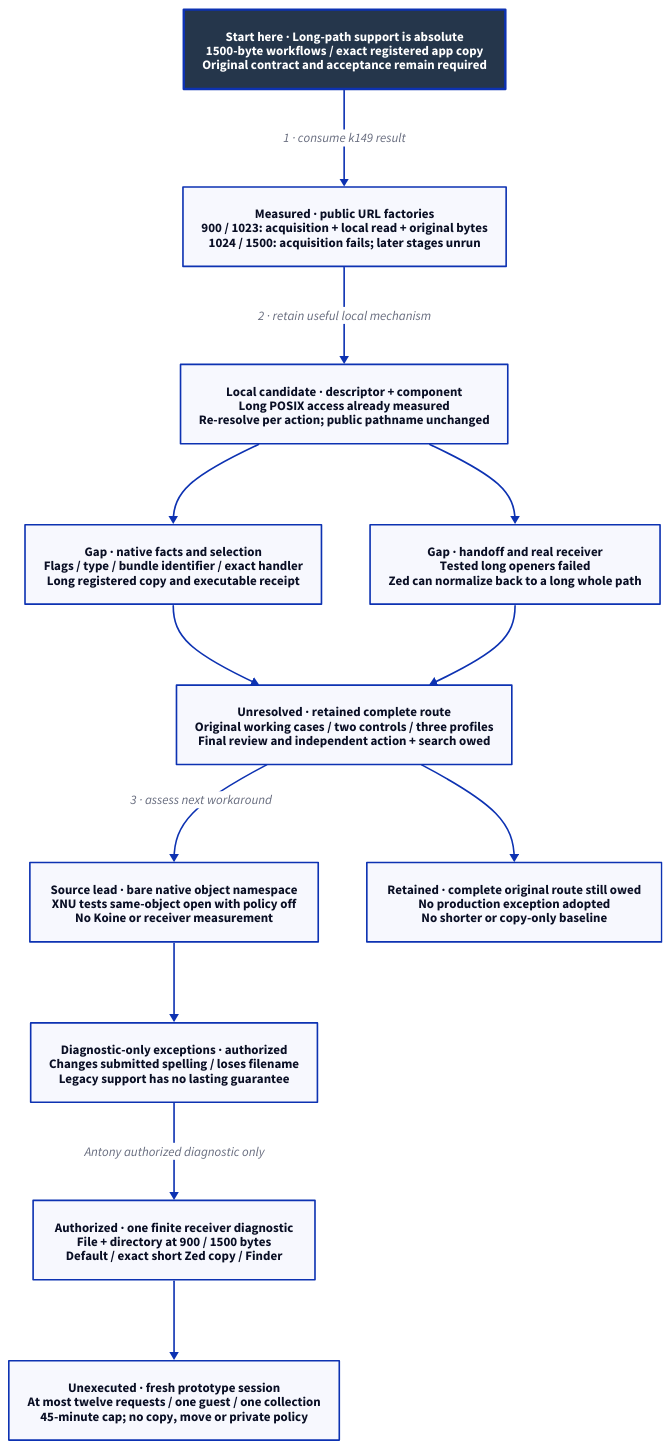
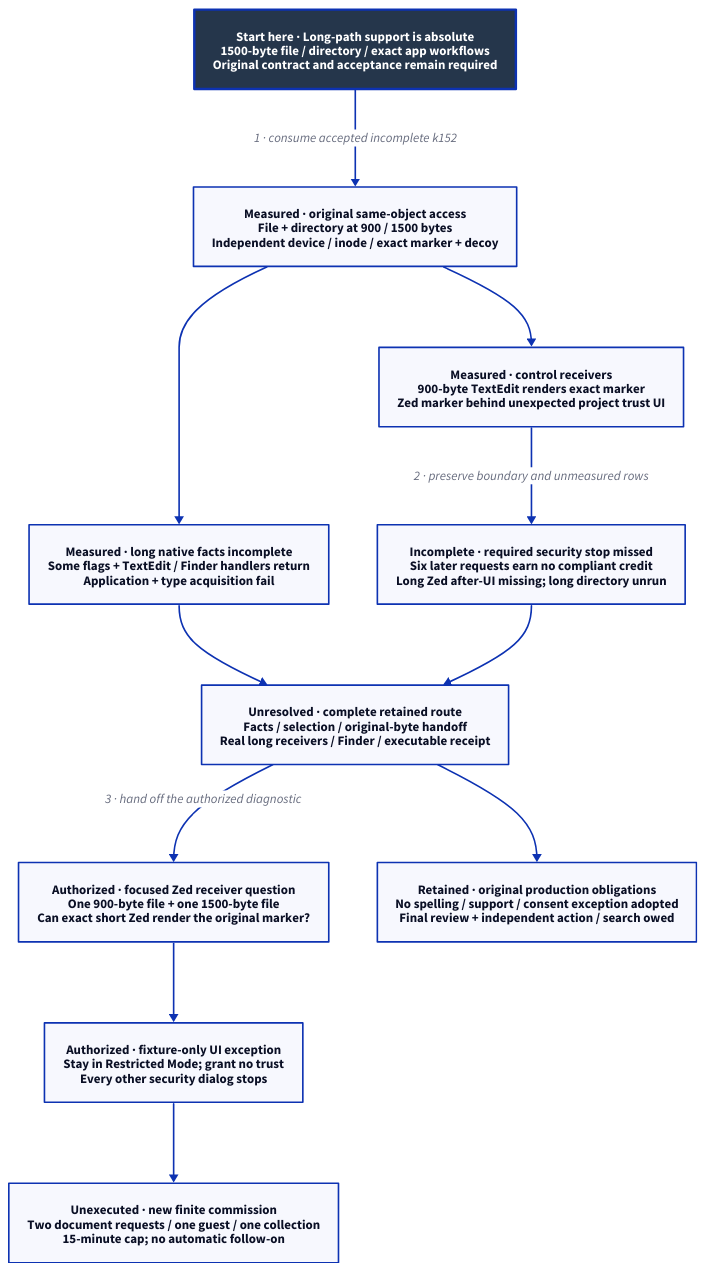
The diagram in docs/design/architecture/workspace-route-candidates.d2 (Linkuistics/Koine), drawn with D2 before and after one commit. The commit also changed 17 other files, not shown here.

Commit message:
Assess incomplete same-object route and hand off authorized Zed diagnostic (focused-zed-receiver-k154)

```diff
--- a/docs/design/architecture/workspace-route-candidates.d2
+++ b/docs/design/architecture/workspace-route-candidates.d2
@@ -1,27 +1,25 @@
-# Returned URL result and authorized bare-object namespace diagnostic.
+# Returned same-object result and authorized focused receiver diagnostic.
 direction: down
 classes: {
   start: {style: {fill: "#25364B"; font-color: "#FFFFFF"; bold: true; stroke-width: 3}}
 }
-Contract: "Start here · Long-path support is absolute\n1500-byte workflows / exact registered app copy\nOriginal contract and acceptance remain required" {class: start}
-Evidence: "Measured · public URL factories\n900 / 1023: acquisition + local read + original bytes\n1024 / 1500: acquisition fails; later stages unrun"
-Relative: "Local candidate · descriptor + component\nLong POSIX access already measured\nRe-resolve per action; public pathname unchanged"
-Native: "Gap · native facts and selection\nFlags / type / bundle identifier / exact handler\nLong registered copy and executable receipt"
-Receiver: "Gap · handoff and real receiver\nTested long openers failed\nZed can normalize back to a long whole path"
-Pending: "Unresolved · retained complete route\nOriginal working cases / two controls / three profiles\nFinal review and independent action + search owed"
-Lead: "Source lead · bare native object namespace\nXNU tests same-object open with policy off\nNo Koine or receiver measurement"
-Limits: "Diagnostic-only exceptions · authorized\nChanges submitted spelling / loses filename\nLegacy support has no lasting guarantee"
-Proposal: "Authorized · one finite receiver diagnostic\nFile + directory at 900 / 1500 bytes\nDefault / exact short Zed copy / Finder"
-Bounds: "Unexecuted · fresh prototype session\nAt most twelve requests / one guest / one collection\n45-minute cap; no copy, move or private policy"
-Hold: "Retained · complete original route still owed\nNo production exception adopted\nNo shorter or copy-only baseline"
-Contract -> Evidence: "1 · consume k149 result"
-Evidence -> Relative: "2 · retain useful local mechanism"
-Relative -> Native
-Relative -> Receiver
-Native -> Pending
-Receiver -> Pending
-Pending -> Lead: "3 · assess next workaround"
-Lead -> Limits
-Limits -> Proposal: "Antony authorized diagnostic only"
-Proposal -> Bounds
-Pending -> Hold
+Contract: "Start here · Long-path support is absolute\n1500-byte file / directory / exact app workflows\nOriginal contract and acceptance remain required" {class: start}
+Local: "Measured · original same-object access\nFile + directory at 900 / 1500 bytes\nIndependent device / inode / exact marker + decoy"
+Facts: "Measured · long native facts incomplete\nSome flags + TextEdit / Finder handlers return\nApplication + type acquisition fail"
+Control: "Measured · control receivers\n900-byte TextEdit renders exact marker\nZed marker behind unexpected project trust UI"
+Stop: "Incomplete · required security stop missed\nSix later requests earn no compliant credit\nLong Zed after-UI missing; long directory unrun"
+Gap: "Unresolved · complete retained route\nFacts / selection / original-byte handoff\nReal long receivers / Finder / executable receipt"
+Proposal: "Authorized · focused Zed receiver question\nOne 900-byte file + one 1500-byte file\nCan exact short Zed render the original marker?"
+Interaction: "Authorized · fixture-only UI exception\nStay in Restricted Mode; grant no trust\nEvery other security dialog stops"
+Bounds: "Unexecuted · new finite commission\nTwo document requests / one guest / one collection\n15-minute cap; no automatic follow-on"
+Hold: "Retained · original production obligations\nNo spelling / support / consent exception adopted\nFinal review + independent action / search owed"
+Contract -> Local: "1 · consume accepted incomplete k152"
+Local -> Facts
+Local -> Control
+Control -> Stop: "2 · preserve boundary and unmeasured rows"
+Facts -> Gap
+Stop -> Gap
+Gap -> Proposal: "3 · hand off the authorized diagnostic"
+Proposal -> Interaction
+Interaction -> Bounds
+Gap -> Hold
```
